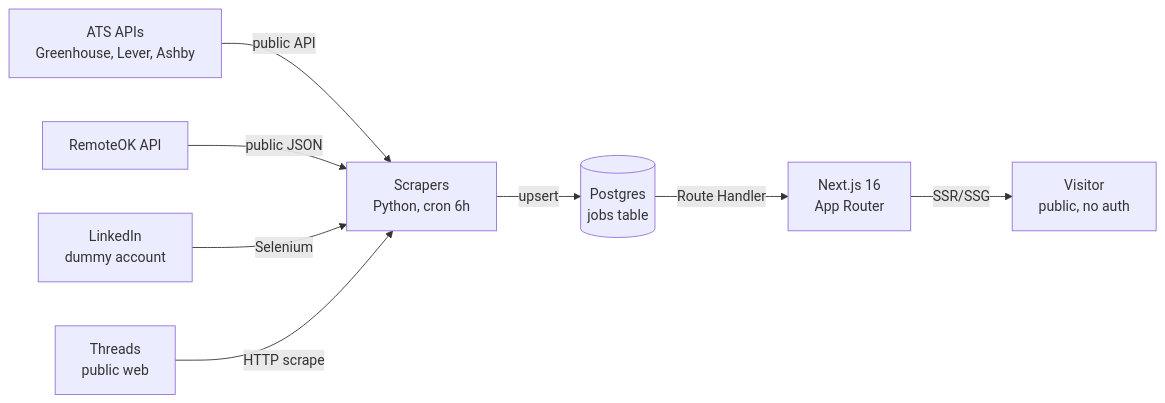
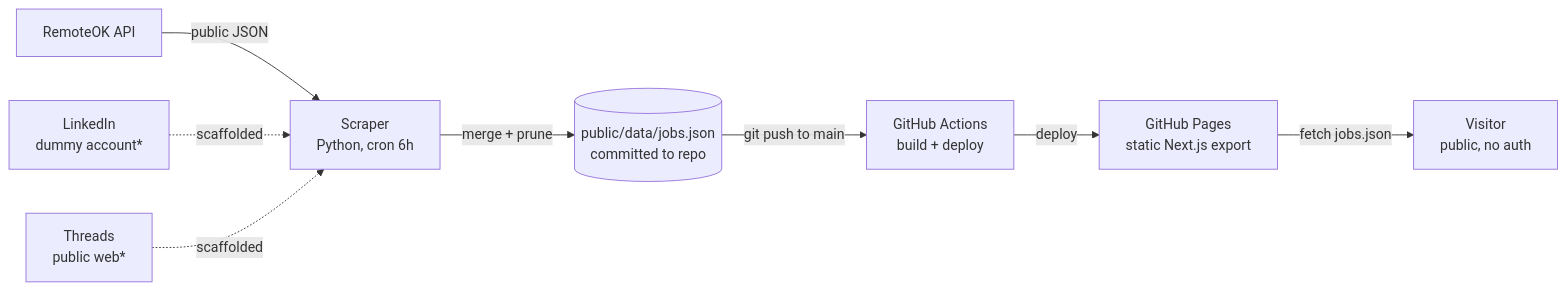
One commit to muhfauziazhar/job-aggregator changed the diagram in docs/03-architecture.md. Above: the diagram before and after it, drawn with Mermaid. The commit also changed other lines of this file and 48 other files, not shown here.

First line of the commit message:
feat: simplify to static GitHub Pages aggregator (RemoteOK + LinkedIn/Threads) (#29)

````diff
--- a/docs/03-architecture.md
+++ b/docs/03-architecture.md
@@ -27,20 +41,20 @@
 ```mermaid
 graph LR
-  ATS[ATS APIs<br/>Greenhouse, Lever, Ashby]
   RO[RemoteOK API]
-  LI[LinkedIn<br/>dummy account]
-  TH[Threads<br/>public web]
+  LI[LinkedIn<br/>dummy account*]
+  TH[Threads<br/>public web*]
 
-  SCR[Scrapers<br/>Python, cron 6h]
-  DB[(Postgres<br/>jobs table)]
-  APP[Next.js 16<br/>App Router]
+  SCR[Scraper<br/>Python, cron 6h]
+  JSON[(public/data/jobs.json<br/>committed to repo)]
+  GHA[GitHub Actions<br/>build + deploy]
+  PAGES[GitHub Pages<br/>static Next.js export]
   USR[Visitor<br/>public, no auth]
 
-  ATS -->|public API| SCR
   RO -->|public JSON| SCR
-  LI -->|Selenium| SCR
-  TH -->|HTTP scrape| SCR
-  SCR -->|upsert| DB
-  DB -->|Route Handler| APP
-  APP -->|SSR/SSG| USR
+  LI -.->|scaffolded| SCR
+  TH -.->|scaffolded| SCR
+  SCR -->|merge + prune| JSON
+  JSON -->|git push to main| GHA
+  GHA -->|deploy| PAGES
+  PAGES -->|fetch jobs.json| USR
 ```
````
